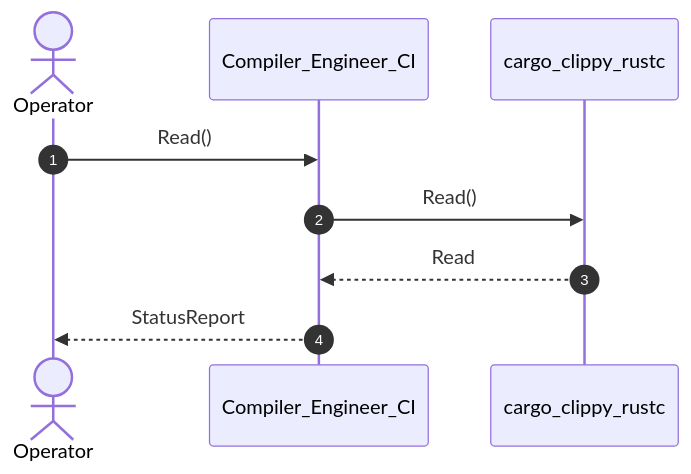
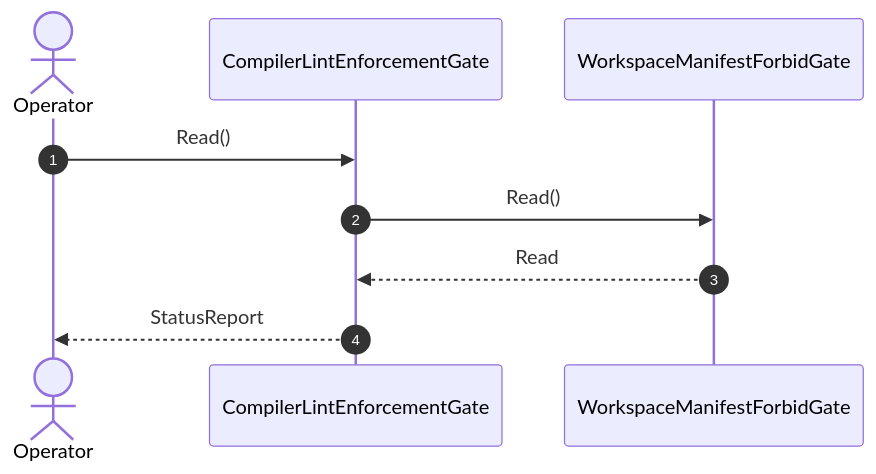
One commit to gintatkinson/DEAP01-spec-core changed the diagram in .pipeline/upstream/docs/user-stories/US-02-Read.md. Above: the diagram before and after it, drawn with Mermaid. The commit also changed other lines of this file and 179 other files, not shown here.

Commit message:
fix(compiler): remediate upstream specification forward projection, diagram synthesis, and GitHub blob URL resolution

````diff
--- a/.pipeline/upstream/docs/user-stories/US-02-Read.md
+++ b/.pipeline/upstream/docs/user-stories/US-02-Read.md
@@ -16,11 +16,11 @@
 ```mermaid
 sequenceDiagram
     autonumber
     actor Operator
-    participant Compiler_Engineer_CI
-    participant cargo_clippy_rustc
-    Operator->>Compiler_Engineer_CI: Read()
-    Compiler_Engineer_CI->>cargo_clippy_rustc: Read()
-    cargo_clippy_rustc-->>Compiler_Engineer_CI: Read
-    Compiler_Engineer_CI-->>Operator: StatusReport
+    participant CompilerLintEnforcementGate
+    participant WorkspaceManifestForbidGate
+    Operator->>CompilerLintEnforcementGate: Read()
+    CompilerLintEnforcementGate->>WorkspaceManifestForbidGate: Read()
+    WorkspaceManifestForbidGate-->>CompilerLintEnforcementGate: Read
+    CompilerLintEnforcementGate-->>Operator: StatusReport
 ```
````
